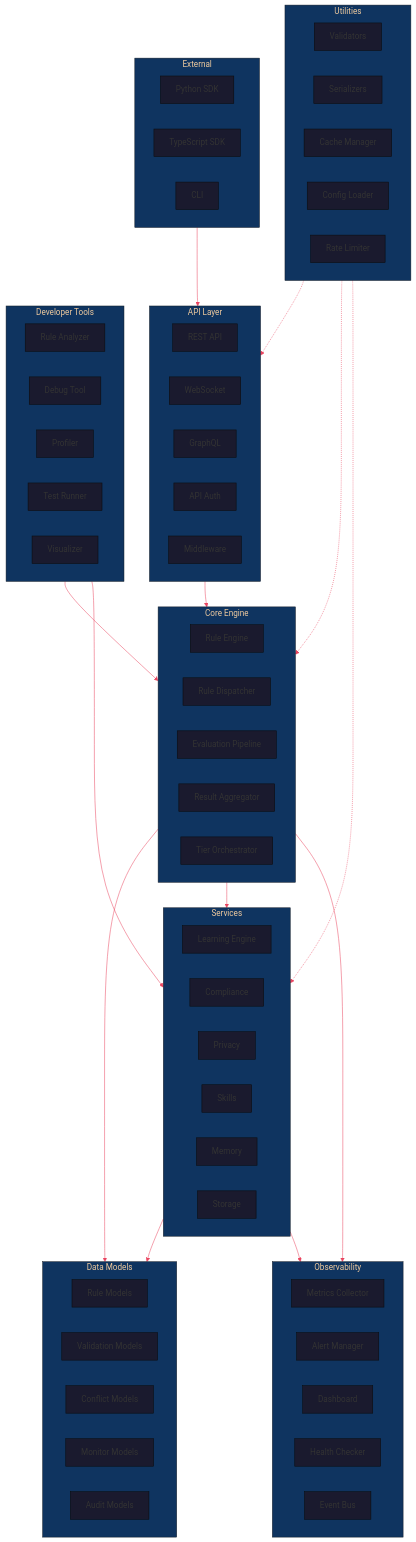
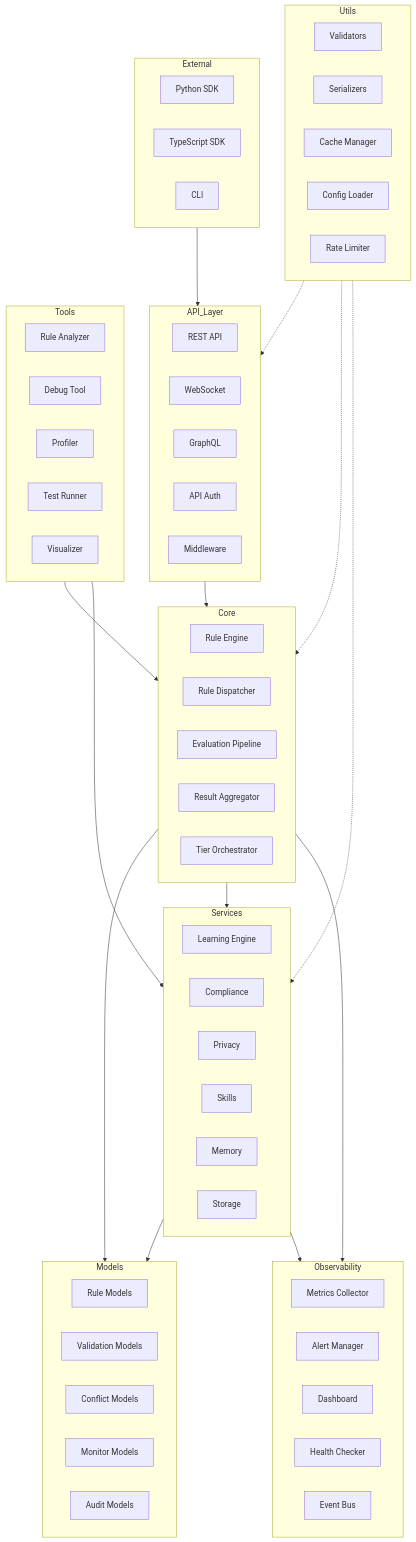
Before and after one commit to LifeJiggy/Rules-Emerging-Pattern: the first of 18 diagrams in README.md, drawn with Mermaid. The commit also changed other lines of this file, not shown here.

Commit message:
Fix Mermaid diagrams for GitHub rendering - remove theme directives, emoji, subgraph titles, and br tags

````diff
--- a/README.md
+++ b/README.md
@@ -11,79 +11,78 @@
 ```mermaid
-%%{init: {'theme': 'base', 'themeVariables': { 'primaryColor': '#1a1a2e', 'secondaryColor': '#16213e', 'tertiaryColor': '#0f3460', 'lineColor': '#e94560' }}}%%
-graph TB
-    subgraph External["External"]
+flowchart TB
+    subgraph External
         SDK_PY["Python SDK"]
         SDK_TS["TypeScript SDK"]
         CLI["CLI"]
     end
 
-    subgraph API_Layer["API Layer"]
+    subgraph API_Layer
         REST["REST API"]
         WS["WebSocket"]
         GQL["GraphQL"]
         AUTH["API Auth"]
         MW["Middleware"]
     end
 
-    subgraph Core["Core Engine"]
+    subgraph Core
         RE["Rule Engine"]
         ED["Rule Dispatcher"]
         EP["Evaluation Pipeline"]
         RA["Result Aggregator"]
         TIER["Tier Orchestrator"]
     end
 
-    subgraph Models["Data Models"]
+    subgraph Models
         RM["Rule Models"]
         VM["Validation Models"]
         CM["Conflict Models"]
         MM["Monitor Models"]
         AM["Audit Models"]
     end
 
-    subgraph Services["Services"]
+    subgraph Services
         LEARN["Learning Engine"]
         COMP["Compliance"]
         PRIV["Privacy"]
         SKILL["Skills"]
         MEM["Memory"]
         STORE["Storage"]
     end
 
-    subgraph Monitoring["Observability"]
+    subgraph Observability
         METRICS["Metrics Collector"]
         ALERTS["Alert Manager"]
         DASH["Dashboard"]
         HEALTH["Health Checker"]
         EVENTS["Event Bus"]
     end
 
-    subgraph Tools["Developer Tools"]
+    subgraph Tools
         ANALYZER["Rule Analyzer"]
         DEBUG["Debug Tool"]
         PROFILER["Profiler"]
         TEST["Test Runner"]
         VIZ["Visualizer"]
     end
 
-    subgraph Utils["Utilities"]
+    subgraph Utils
         VALIDATORS["Validators"]
         SERIALIZERS["Serializers"]
         CACHE["Cache Manager"]
         CONFIG["Config Loader"]
         RATELIMIT["Rate Limiter"]
     end
 
     External --> API_Layer
     API_Layer --> Core
     Core --> Models
     Core --> Services
     Services --> Models
-    Core --> Monitoring
-    Services --> Monitoring
+    Core --> Observability
+    Services --> Observability
     Tools --> Core
     Tools --> Services
     Utils -.-> API_Layer
     Utils -.-> Core
     Utils -.-> Services
 ```
````
